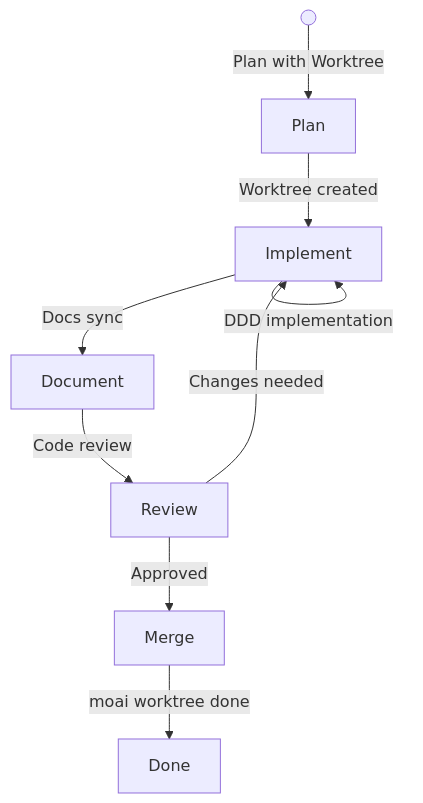
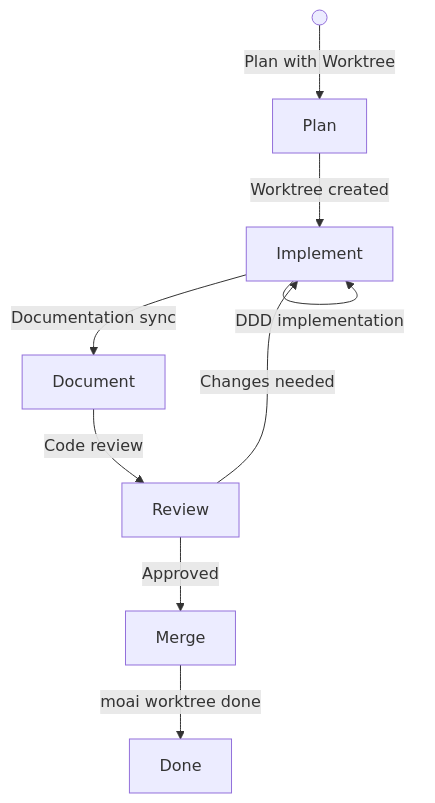
The fifth of 10 diagrams in docs-site/content/en/worktree/guide.md (modu-ai/moai-adk), drawn with Mermaid before and after one commit. The commit also changed other lines of this file and 180 other files, not shown here.

````diff
--- a/docs-site/content/en/worktree/guide.md
+++ b/docs-site/content/en/worktree/guide.md
@@ -383,11 +359,11 @@
 ```mermaid
 flowchart TD
     Start(( )) -->|"Plan with Worktree"| Plan["Plan"]
     Plan -->|"Worktree created"| Implement["Implement"]
     Implement -->|"DDD implementation"| Implement
-    Implement -->|"Docs sync"| Document["Document"]
+    Implement -->|"Documentation sync"| Document["Document"]
     Document -->|"Code review"| Review["Review"]
     Review -->|"Approved"| Merge["Merge"]
     Review -->|"Changes needed"| Implement
     Merge -->|"moai worktree done"| Done["Done"]
 ```
````
